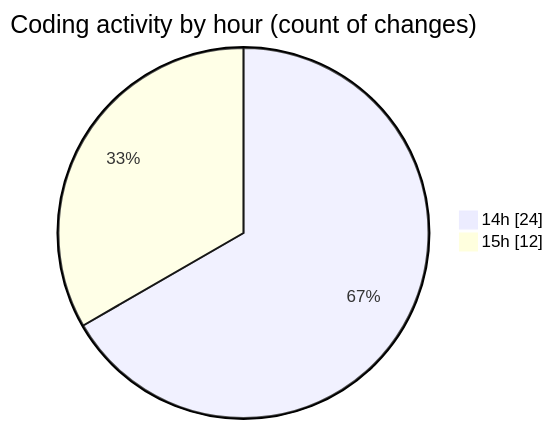
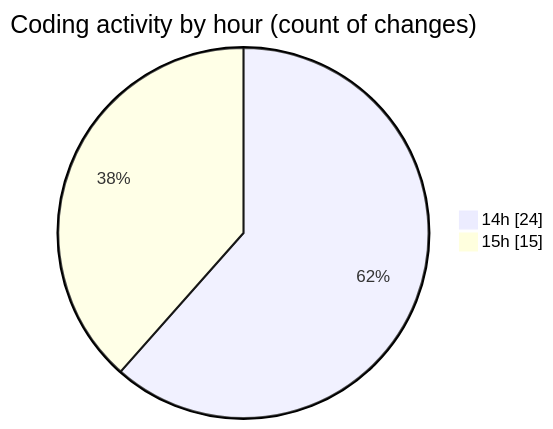
Before and after one commit to Elitesun/code-tracking: the second of 2 diagrams in 2025-04-22/indesign/README.md, drawn with Mermaid. The commit also changed other lines of this file and 1 other file, not shown here.

````diff
--- a/2025-04-22/indesign/README.md
+++ b/2025-04-22/indesign/README.md
@@ -39,6 +39,6 @@
 ```mermaid
 pie showData
 title Coding activity by hour (count of changes)
 "14h" : 24
-"15h" : 12
+"15h" : 15
 ```
````
